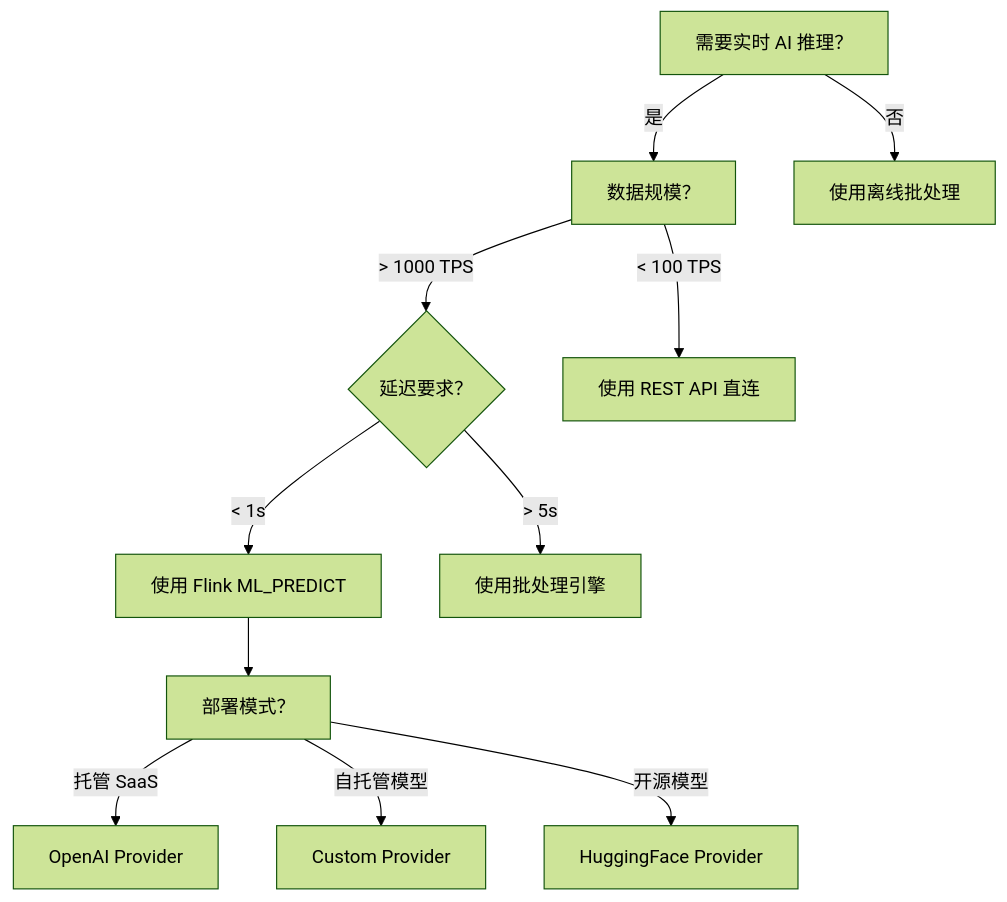
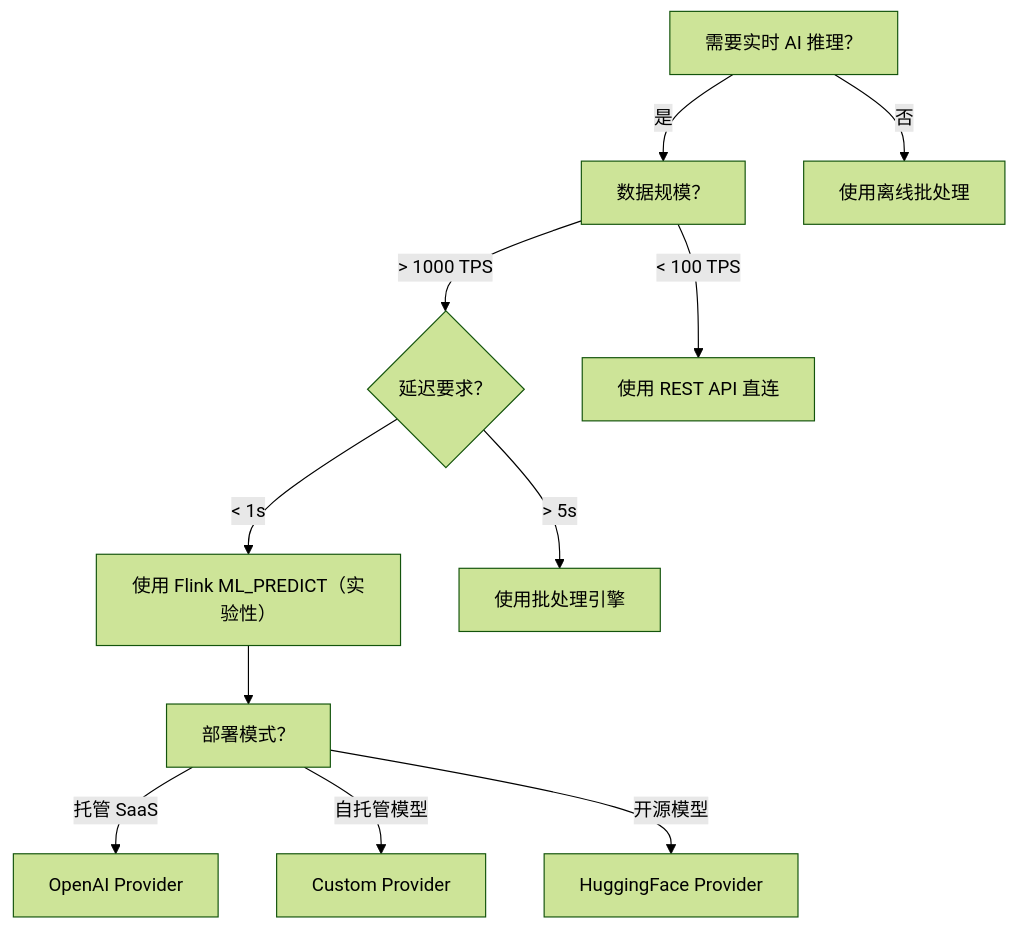
One commit to AdaMartin18010/AnalysisDataFlow changed the fourth of 4 diagrams in Flink/03-sql-table-api/model-ddl-and-ml-predict.md. Above: the diagram before and after it, drawn with Mermaid (forest theme). The commit also changed other lines of this file and 7 other files, not shown here.

````diff
--- a/Flink/03-sql-table-api/model-ddl-and-ml-predict.md
+++ b/Flink/03-sql-table-api/model-ddl-and-ml-predict.md
@@ -766,16 +766,16 @@
 ```mermaid
 flowchart TD
     A[需要实时 AI 推理？] -->|是| B[数据规模？]
     A -->|否| C[使用离线批处理]
 
     B -->|> 1000 TPS| D{延迟要求？}
     B -->|< 100 TPS| E[使用 REST API 直连]
 
-    D -->|< 1s| F[使用 Flink ML_PREDICT]
+    D -->|< 1s| F[使用 Flink ML_PREDICT（实验性）]
     D -->|> 5s| G[使用批处理引擎]
 
     F --> H[部署模式？]
     H -->|托管 SaaS| I[OpenAI Provider]
     H -->|自托管模型| J[Custom Provider]
     H -->|开源模型| K[HuggingFace Provider]
 ```
````
